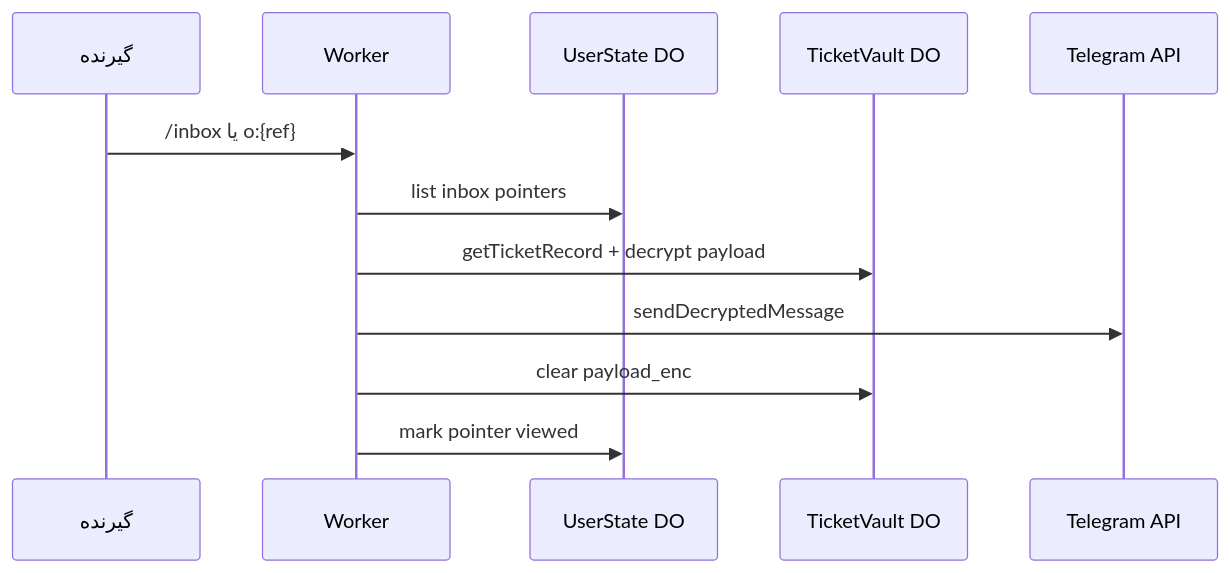
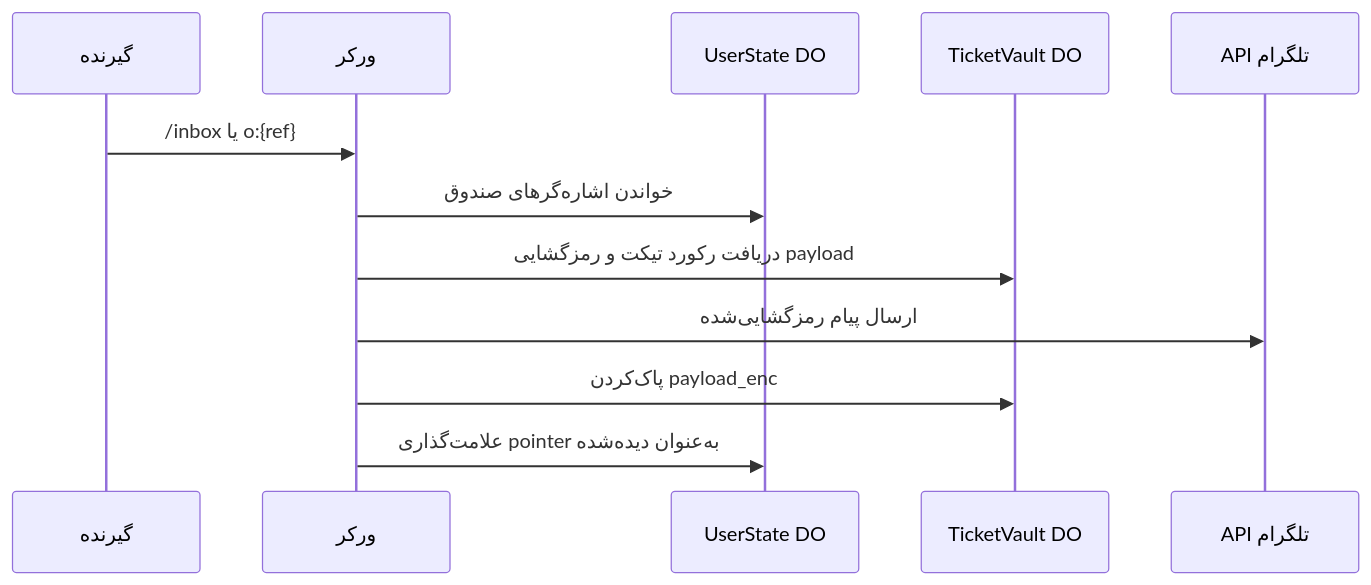
One commit to mohetios/mohetios.dev changed the fourth of 10 diagrams in content/fa/lab/nekonymous-anonymous-messaging-technical-lab.md. Above: the diagram before and after it, drawn with Mermaid. The commit also changed other lines of this file and 8 other files, not shown here.

````diff
--- a/content/fa/lab/nekonymous-anonymous-messaging-technical-lab.md
+++ b/content/fa/lab/nekonymous-anonymous-messaging-technical-lab.md
@@ -203,15 +203,15 @@
 ```mermaid
 sequenceDiagram
   participant R as گیرنده
-  participant W as Worker
+  participant W as ورکر
   participant U as UserState DO
   participant V as TicketVault DO
-  participant T as Telegram API
+  participant T as API تلگرام
 
   R->>W: /inbox یا o:{ref}
-  W->>U: list inbox pointers
-  W->>V: getTicketRecord + decrypt payload
-  W->>T: sendDecryptedMessage
-  W->>V: clear payload_enc
-  W->>U: mark pointer viewed
+  W->>U: خواندن اشاره‌گرهای صندوق
+  W->>V: دریافت رکورد تیکت و رمزگشایی payload
+  W->>T: ارسال پیام رمزگشایی‌شده
+  W->>V: پاک‌کردن payload_enc
+  W->>U: علامت‌گذاری pointer به‌عنوان دیده‌شده
 ```
````
